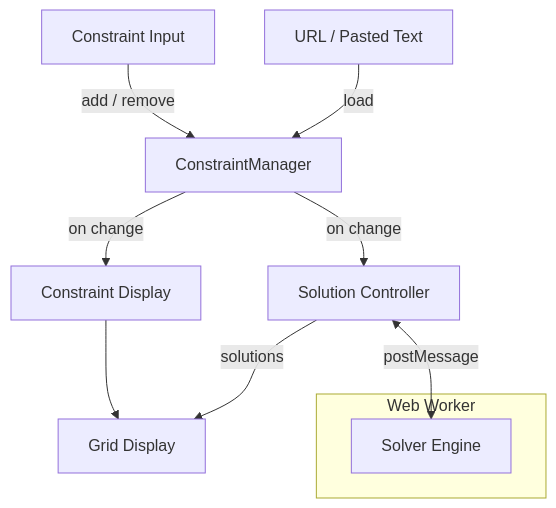
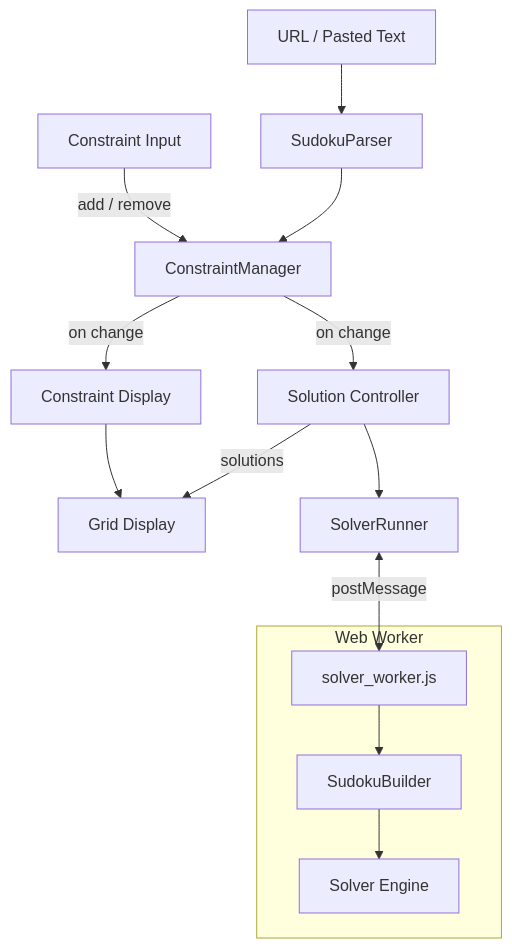
The diagram in js/README.md (sigh/Interactive-Sudoku-Solver), drawn with Mermaid before and after one commit. The commit also changed other lines of this file and 4 other files, not shown here.

````diff
--- a/js/README.md
+++ b/js/README.md
@@ -19,15 +19,18 @@
 ```mermaid
 flowchart TD
     Input["Constraint Input"] -- "add / remove" --> CM["ConstraintManager"]
-    URL["URL / Pasted Text"] -- "load" --> CM
+    URL["URL / Pasted Text"] --> Parser["SudokuParser"]
+    Parser --> CM
     CM -- "on change" --> CD["Constraint Display"]
     CM -- "on change" --> SC["Solution Controller"]
     CD --> Grid["Grid Display"]
     SC -- "solutions" --> Grid
+    SC --> Runner["SolverRunner"]
 
     subgraph "Web Worker"
-        Solver["Solver Engine"]
+        Worker["solver_worker.js"] --> Builder["SudokuBuilder"]
+        Builder --> Solver["Solver Engine"]
     end
 
-    SC <-->|"postMessage"| Solver
+    Runner <-->|"postMessage"| Worker
 ```
````
